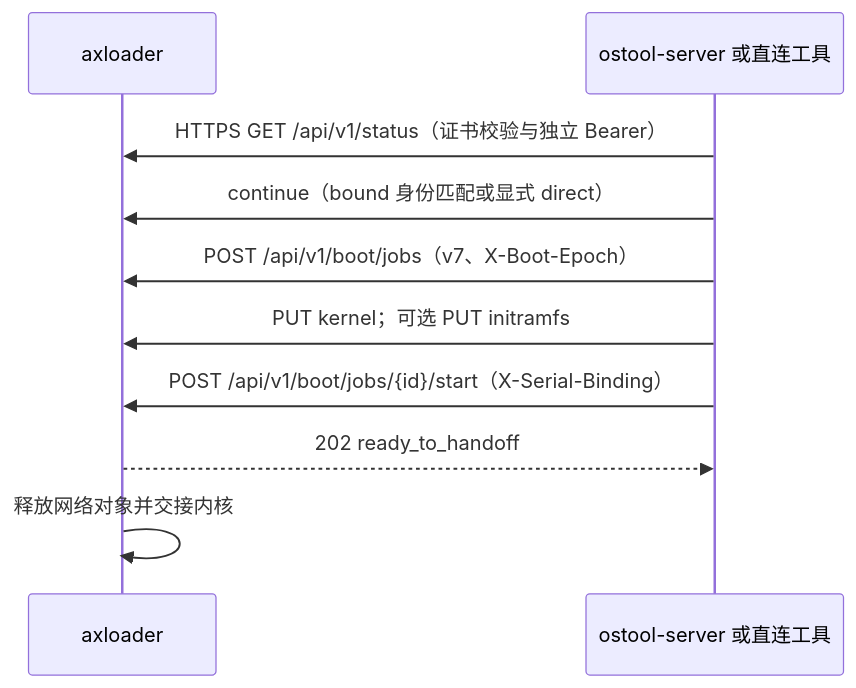
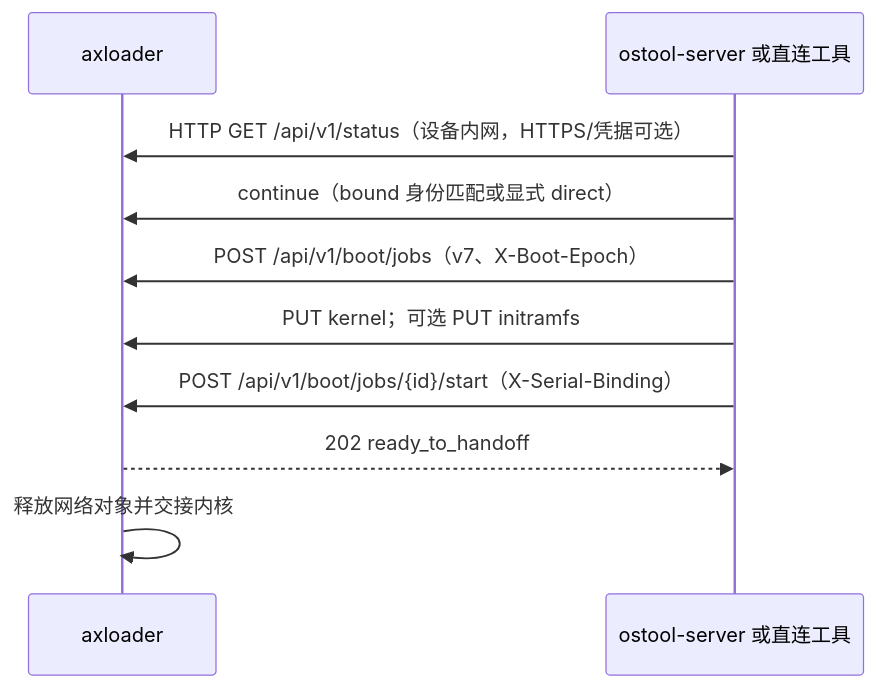
One commit to drivercraft/ostool changed the diagram in docs/axloader-network-control.md. Above: the diagram before and after it, drawn with Mermaid. The commit also changed other lines of this file and 25 other files, not shown here.

````diff
--- a/docs/axloader-network-control.md
+++ b/docs/axloader-network-control.md
@@ -52,12 +53,12 @@
 ```mermaid
 sequenceDiagram
     participant L as axloader
     participant S as ostool-server 或直连工具
-    S->>L: HTTPS GET /api/v1/status（证书校验与独立 Bearer）
+    S->>L: HTTP GET /api/v1/status（设备内网，HTTPS/凭据可选）
     S->>L: continue（bound 身份匹配或显式 direct）
     S->>L: POST /api/v1/boot/jobs（v7、X-Boot-Epoch）
     S->>L: PUT kernel；可选 PUT initramfs
     S->>L: POST /api/v1/boot/jobs/{id}/start（X-Serial-Binding）
     L-->>S: 202 ready_to_handoff
     L->>L: 释放网络对象并交接内核
 ```
````
